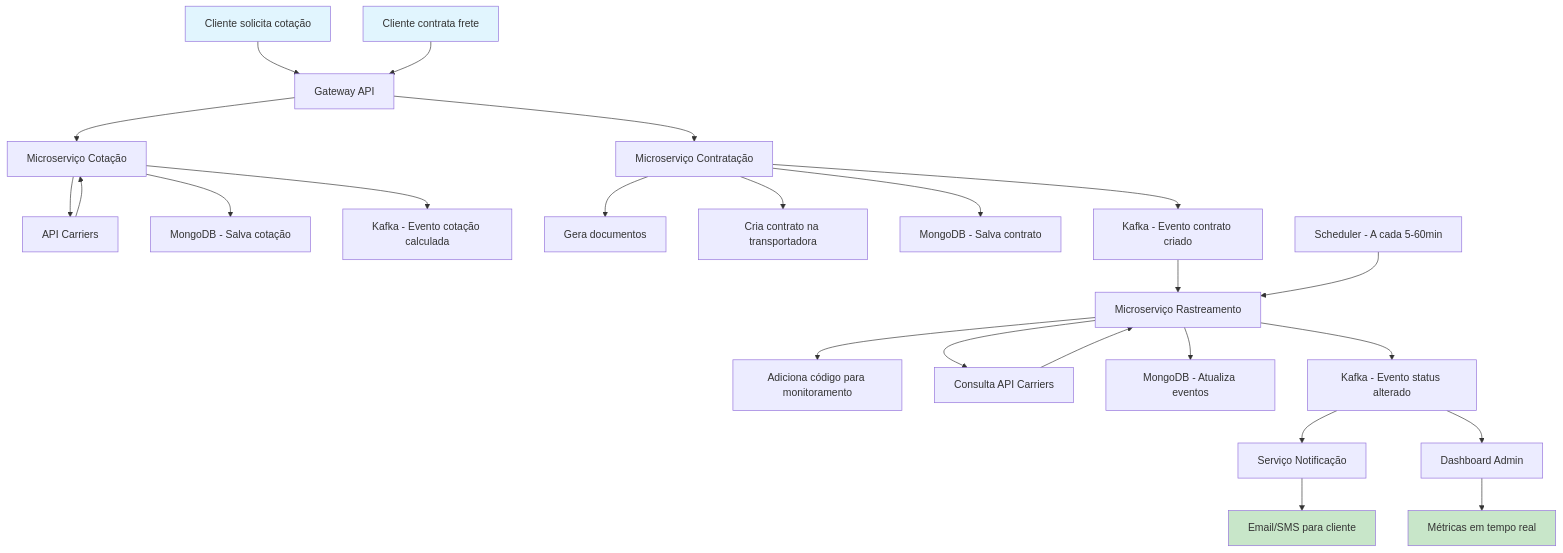
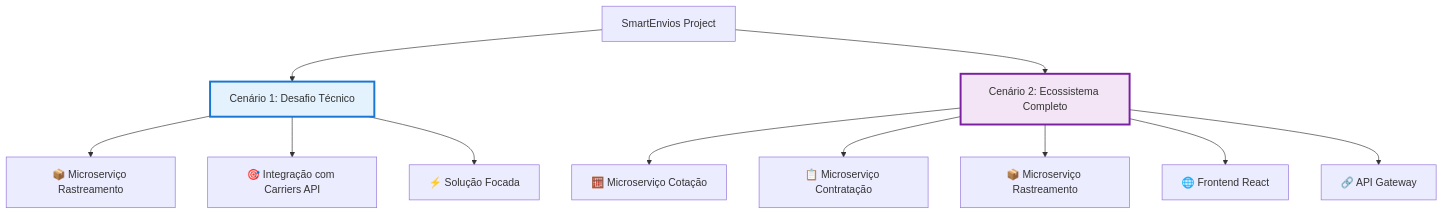
One commit to jonataserpa/smart-envios-microservices changed the diagram in README.md. Above: the diagram before and after it, drawn with Mermaid. The commit also changed other lines of this file and 16 other files, not shown here.

First line of the commit message:
feat: 🏗️ Cria estrutura de 2 cenários + Atualiza regras backend

````diff
--- a/README.md
+++ b/README.md
@@ -347,36 +7,18 @@
 ```mermaid
 flowchart TD
-    A[Cliente solicita cotação] --> B[Gateway API]
-    B --> C[Microserviço Cotação]
-    C --> D[API Carriers]
-    D --> C
-    C --> E[MongoDB - Salva cotação]
-    C --> F[Kafka - Evento cotação calculada]
+    A[SmartEnvios Project] --> B[Cenário 1: Desafio Técnico]
+    A --> C[Cenário 2: Ecossistema Completo]
     
-    G[Cliente contrata frete] --> B
-    B --> H[Microserviço Contratação]
-    H --> I[Gera documentos]
-    H --> J[Cria contrato na transportadora]
-    H --> K[MongoDB - Salva contrato]
-    H --> L[Kafka - Evento contrato criado]
+    B --> D[📦 Microserviço Rastreamento]
+    B --> E[🎯 Integração com Carriers API]
+    B --> F[⚡ Solução Focada]
     
-    L --> M[Microserviço Rastreamento]
-    M --> N[Adiciona código para monitoramento]
+    C --> G[🧮 Microserviço Cotação]
+    C --> H[📋 Microserviço Contratação]
+    C --> I[📦 Microserviço Rastreamento]
+    C --> J[🌐 Frontend React]
+    C --> K[🔗 API Gateway]
     
-    O[Scheduler - A cada 5-60min] --> M
-    M --> P[Consulta API Carriers]
-    P --> M
-    M --> Q[MongoDB - Atualiza eventos]
-    M --> R[Kafka - Evento status alterado]
-    
-    R --> S[Serviço Notificação]
-    S --> T[Email/SMS para cliente]
-    
-    R --> U[Dashboard Admin]
-    U --> V[Métricas em tempo real]
-    
-    style A fill:#e1f5fe
-    style G fill:#e1f5fe
-    style T fill:#c8e6c9
-    style V fill:#c8e6c9
+    style B fill:#e3f2fd,stroke:#1976d2,stroke-width:3px
+    style C fill:#f3e5f5,stroke:#7b1fa2,stroke-width:3px
 ```
````
